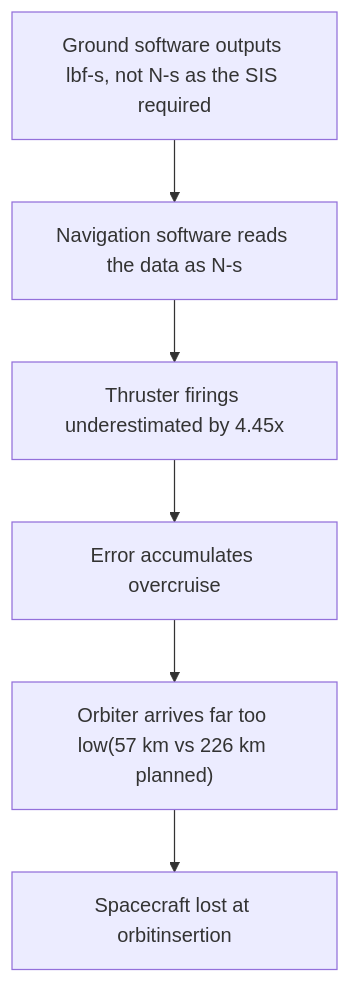
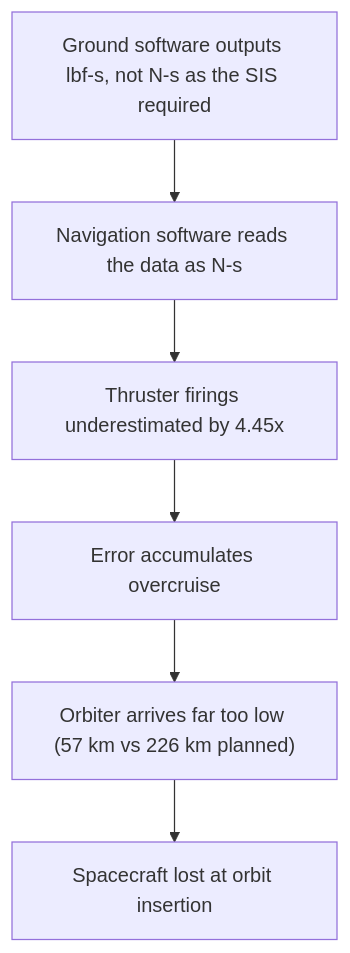
The diagram in lab01/failure-case-analysis.md (bousocheat16-source/clubhub-longblackcoffee), drawn with Mermaid before and after one commit.

Commit message:
Edited section 3 of task 3 - What failed

````diff
--- a/lab01/failure-case-analysis.md
+++ b/lab01/failure-case-analysis.md
@@ -20,8 +20,8 @@
 ```mermaid
 flowchart TD
   A["Ground software outputs lbf-s, not N-s as the SIS required"] --> B["Navigation software reads the data as N-s"]
   B --> C["Thruster firings underestimated by 4.45x"]
   C --> D["Error accumulates overcruise"]
-  D --> E["Orbiter arrives far too low(57 km vs 226 km planned)"]
-  E --> F["Spacecraft lost at orbitinsertion"]
+  D --> E["Orbiter arrives far too low (57 km vs 226 km planned)"]
+  E --> F["Spacecraft lost at orbit insertion"]
 ```
````
